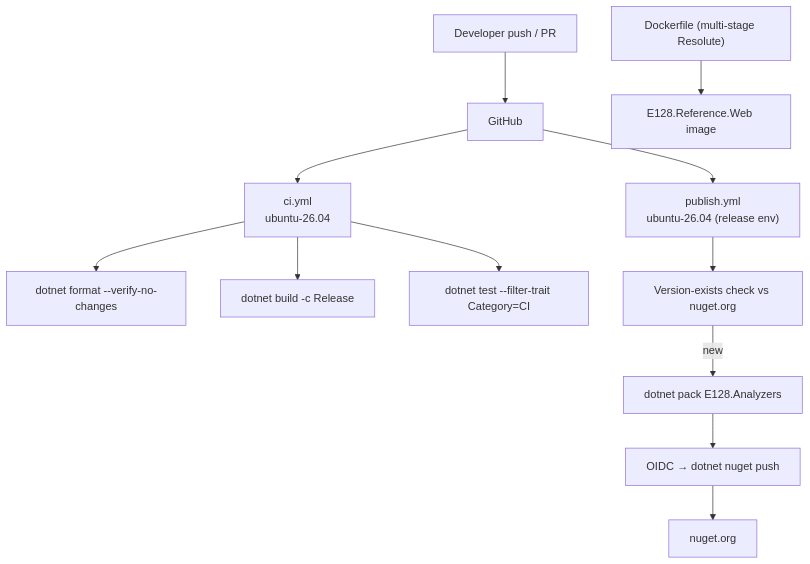
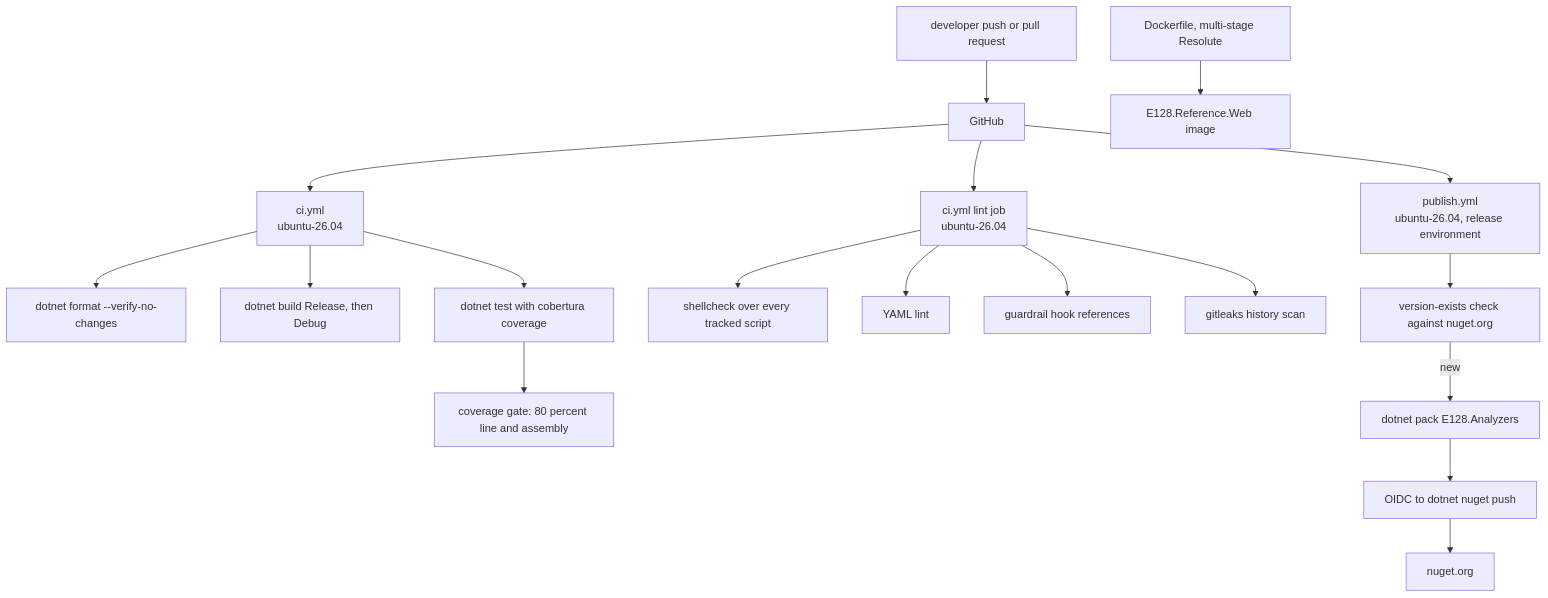
Before and after one commit to e128/dotnet-reference: the first of 2 diagrams in docs/architecture/deployment.md, drawn with Mermaid. The commit also changed other lines of this file and 20 other files, not shown here.

````diff
--- a/docs/architecture/deployment.md
+++ b/docs/architecture/deployment.md
@@ -11,14 +11,20 @@
 ```mermaid
 graph TB
-  dev["Developer push / PR"] --> gh["GitHub"]
+  dev["developer push or pull request"] --> gh["GitHub"]
   gh --> ci["ci.yml<br/>ubuntu-26.04"]
-  gh --> pub["publish.yml<br/>ubuntu-26.04 (release env)"]
+  gh --> lint["ci.yml lint job<br/>ubuntu-26.04"]
+  gh --> pub["publish.yml<br/>ubuntu-26.04, release environment"]
   ci --> fmt["dotnet format --verify-no-changes"]
-  ci --> bld["dotnet build -c Release"]
-  ci --> tst["dotnet test --filter-trait Category=CI"]
-  pub --> gate["Version-exists check vs nuget.org"]
+  ci --> bld["dotnet build Release, then Debug"]
+  ci --> tst["dotnet test with cobertura coverage"]
+  tst --> covgate["coverage gate: 80 percent line and assembly"]
+  lint --> shell["shellcheck over every tracked script"]
+  lint --> yaml["YAML lint"]
+  lint --> guard["guardrail hook references"]
+  lint --> leak["gitleaks history scan"]
+  pub --> gate["version-exists check against nuget.org"]
   gate -->|new| pack["dotnet pack E128.Analyzers"]
-  pack --> push["OIDC → dotnet nuget push"]
+  pack --> push["OIDC to dotnet nuget push"]
   push --> ngorg["nuget.org"]
-  docker["Dockerfile (multi-stage Resolute)"] --> img["E128.Reference.Web image"]
+  docker["Dockerfile, multi-stage Resolute"] --> img["E128.Reference.Web image"]
 ```
````
